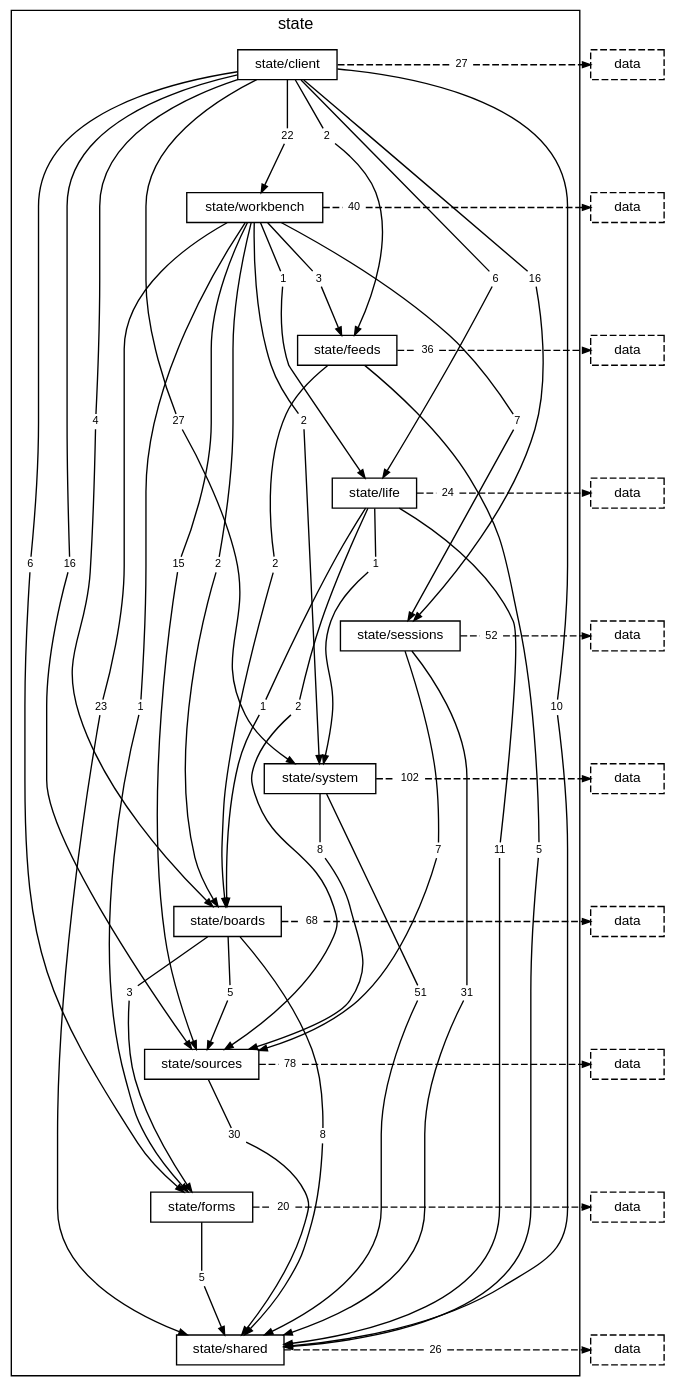
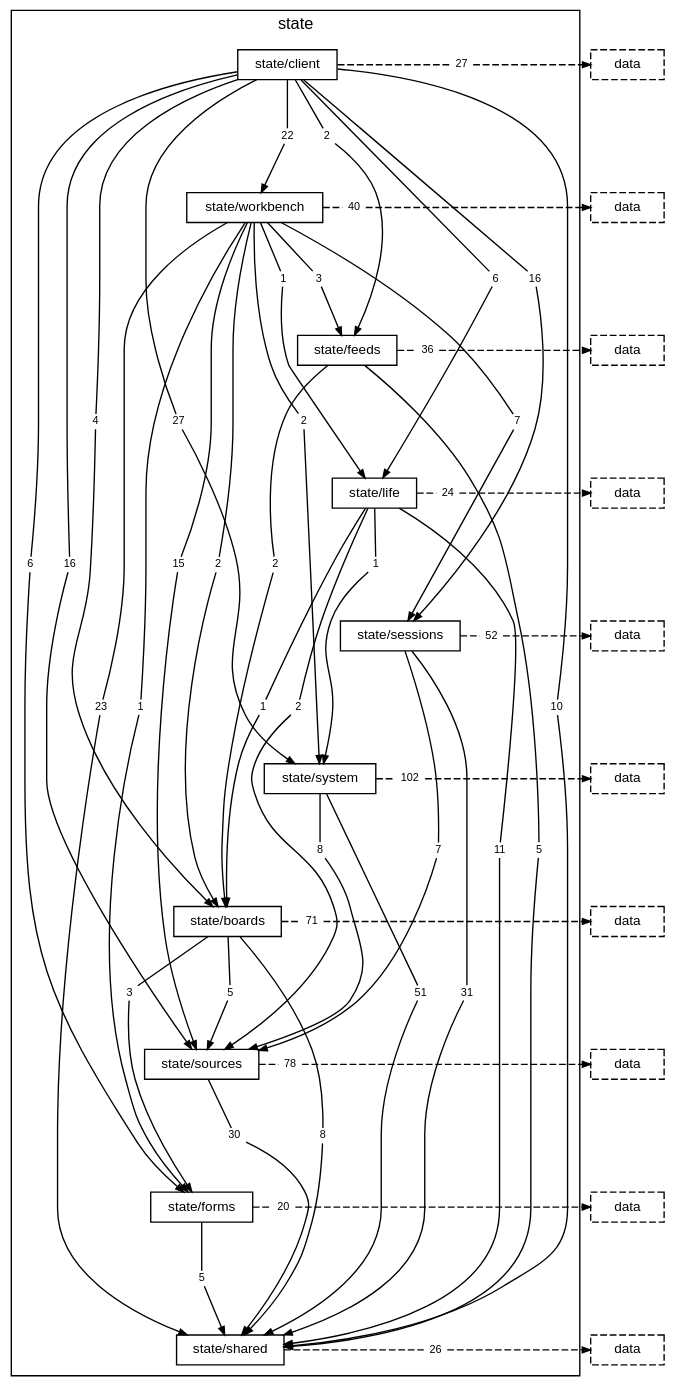
Before and after one commit to TheAxeC/oculus: the diagram in docs/diagrams/layer-state.dot, drawn with Graphviz. The commit also changed 33 other files, not shown here.

```diff
--- a/docs/diagrams/layer-state.dot
+++ b/docs/diagrams/layer-state.dot
@@ -50,7 +50,7 @@
         "folder state/boards to folder state/forms" [label="3", shape=box, color="transparent", fontsize=8, width=0, height=0, margin="0.04,0.02"];
         "folder state/boards to folder state/shared" [label="8", shape=box, color="transparent", fontsize=8, width=0, height=0, margin="0.04,0.02"];
         "folder state/boards to folder state/sources" [label="5", shape=box, color="transparent", fontsize=8, width=0, height=0, margin="0.04,0.02"];
-        "folder state/boards to layer data" [label="68", shape=box, color="transparent", fontsize=8, width=0, height=0, margin="0.04,0.02"];
+        "folder state/boards to layer data" [label="71", shape=box, color="transparent", fontsize=8, width=0, height=0, margin="0.04,0.02"];
         "folder state/sources to folder state/shared" [label="30", shape=box, color="transparent", fontsize=8, width=0, height=0, margin="0.04,0.02"];
         "folder state/sources to layer data" [label="78", shape=box, color="transparent", fontsize=8, width=0, height=0, margin="0.04,0.02"];
         "folder state/forms to folder state/shared" [label="5", shape=box, color="transparent", fontsize=8, width=0, height=0, margin="0.04,0.02"];
```
